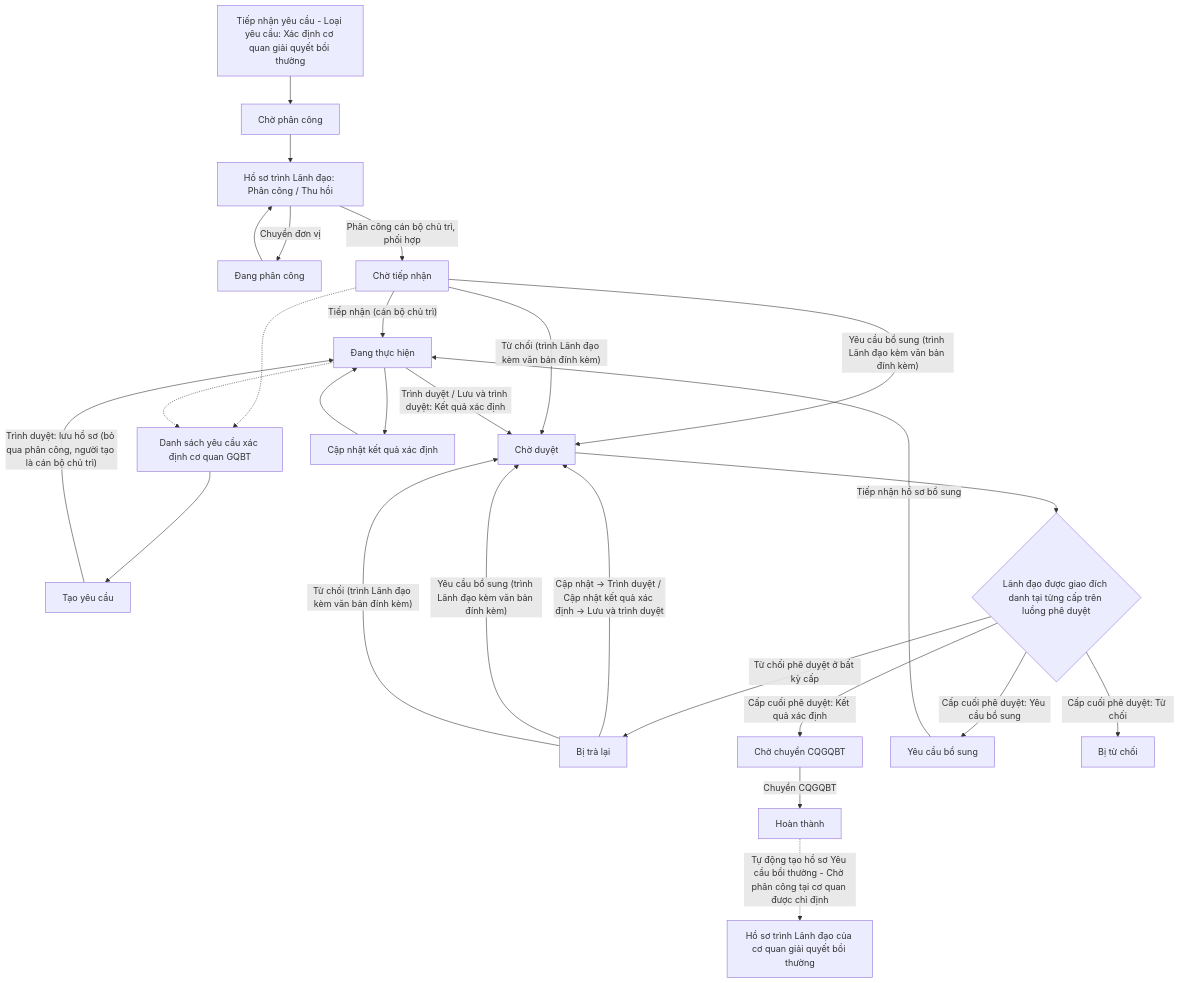
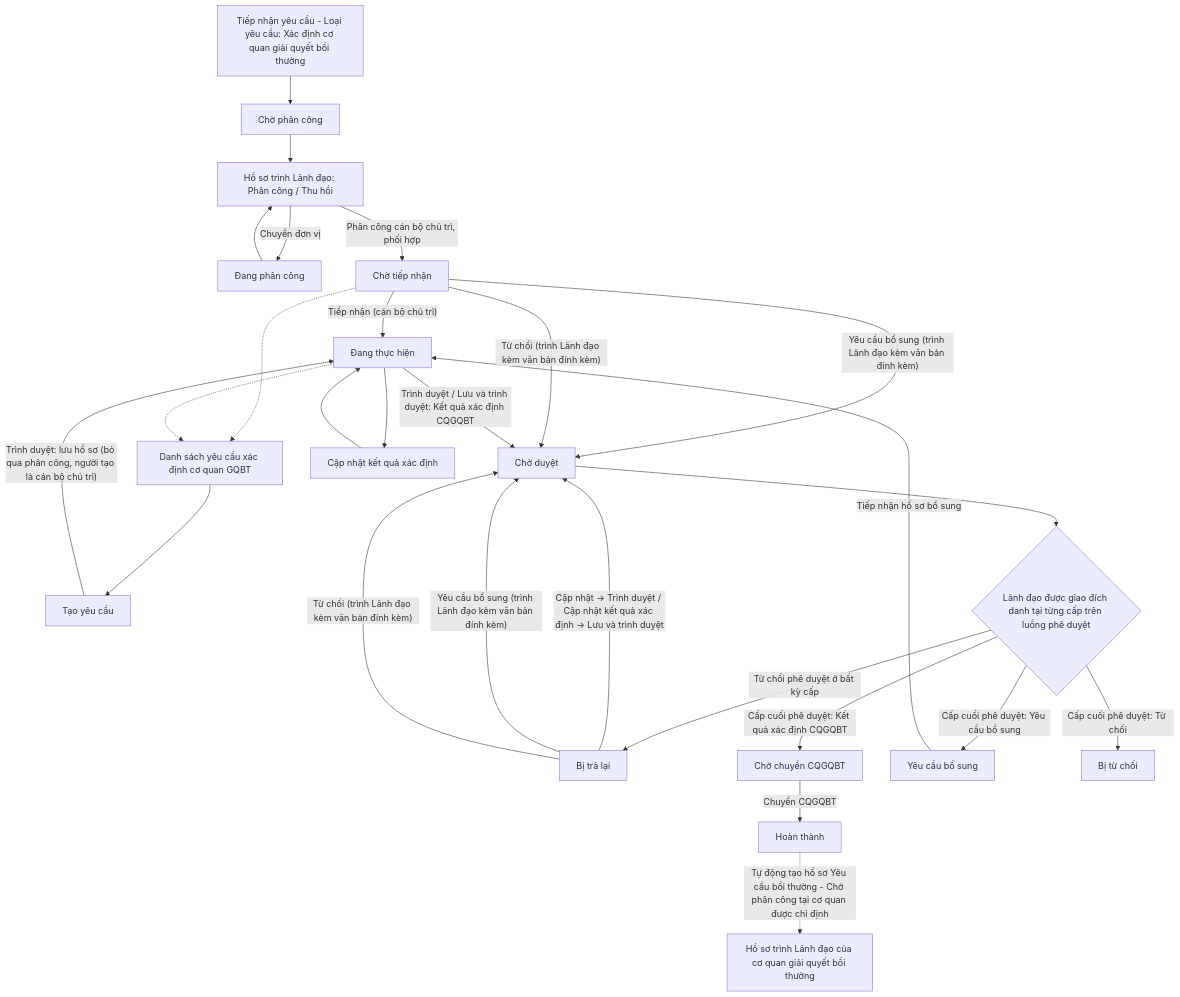
One commit to huyendt2007/BPBD_UI changed the diagram in Tai lieu phan tich/03_Website_Quan_tri/03_Cong_tac_boi_thuong/SRS_BTNN_GiaiQuyetBT__Xac định cơ quan GQBT.md. Above: the diagram before and after it, drawn with Mermaid. The commit also changed other lines of this file and 15 other files, not shown here.

````diff
--- a/Tai lieu phan tich/03_Website_Quan_tri/03_Cong_tac_boi_thuong/SRS_BTNN_GiaiQuyetBT__Xac định cơ quan GQBT.md
+++ b/Tai lieu phan tich/03_Website_Quan_tri/03_Cong_tac_boi_thuong/SRS_BTNN_GiaiQuyetBT__Xac định cơ quan GQBT.md
@@ -112,29 +117,29 @@
 ```mermaid
 flowchart TD
     TN["Tiếp nhận yêu cầu - Loại yêu cầu: Xác định cơ quan giải quyết bồi thường"] --> CPC["Chờ phân công"]
     CPC --> LD["Hồ sơ trình Lãnh đạo: Phân công / Thu hồi"]
     LD -->|"Chuyển đơn vị"| DPC["Đang phân công"]
     DPC --> LD
     LD -->|"Phân công cán bộ chủ trì, phối hợp"| CTN["Chờ tiếp nhận"]
     A["Danh sách yêu cầu xác định cơ quan GQBT"] --> C["Tạo yêu cầu"]
     C -->|"Trình duyệt: lưu hồ sơ (bỏ qua phân công, người tạo là cán bộ chủ trì)"| DTH["Đang thực hiện"]
     CTN -->|"Tiếp nhận (cán bộ chủ trì)"| DTH
     CTN -->|"Yêu cầu bổ sung (trình Lãnh đạo kèm văn bản đính kèm)"| CPD
     CTN -->|"Từ chối (trình Lãnh đạo kèm văn bản đính kèm)"| CPD
     DTH --> KQ["Cập nhật kết quả xác định"]
     KQ --> DTH
-    DTH -->|"Trình duyệt / Lưu và trình duyệt: Kết quả xác định"| CPD["Chờ duyệt"]
+    DTH -->|"Trình duyệt / Lưu và trình duyệt: Kết quả xác định CQGQBT"| CPD["Chờ duyệt"]
     CPD --> PD{"Lãnh đạo được giao đích danh tại từng cấp trên luồng phê duyệt"}
     PD -->|"Từ chối phê duyệt ở bất kỳ cấp"| BTL["Bị trả lại"]
     BTL -->|"Cập nhật → Trình duyệt / Cập nhật kết quả xác định → Lưu và trình duyệt"| CPD
     BTL -->|"Yêu cầu bổ sung (trình Lãnh đạo kèm văn bản đính kèm)"| CPD
     BTL -->|"Từ chối (trình Lãnh đạo kèm văn bản đính kèm)"| CPD
-    PD -->|"Cấp cuối phê duyệt: Kết quả xác định"| CC["Chờ chuyển CQGQBT"]
+    PD -->|"Cấp cuối phê duyệt: Kết quả xác định CQGQBT"| CC["Chờ chuyển CQGQBT"]
     PD -->|"Cấp cuối phê duyệt: Yêu cầu bổ sung"| YCBS["Yêu cầu bổ sung"]
     PD -->|"Cấp cuối phê duyệt: Từ chối"| BTC["Bị từ chối"]
     YCBS -->|"Tiếp nhận hồ sơ bổ sung"| DTH
     CC -->|"Chuyển CQGQBT"| HT["Hoàn thành"]
     HT -.->|"Tự động tạo hồ sơ Yêu cầu bồi thường - Chờ phân công tại cơ quan được chỉ định"| YC["Hồ sơ trình Lãnh đạo của cơ quan giải quyết bồi thường"]
     CTN -.-> A
     DTH -.-> A
 ```
````
